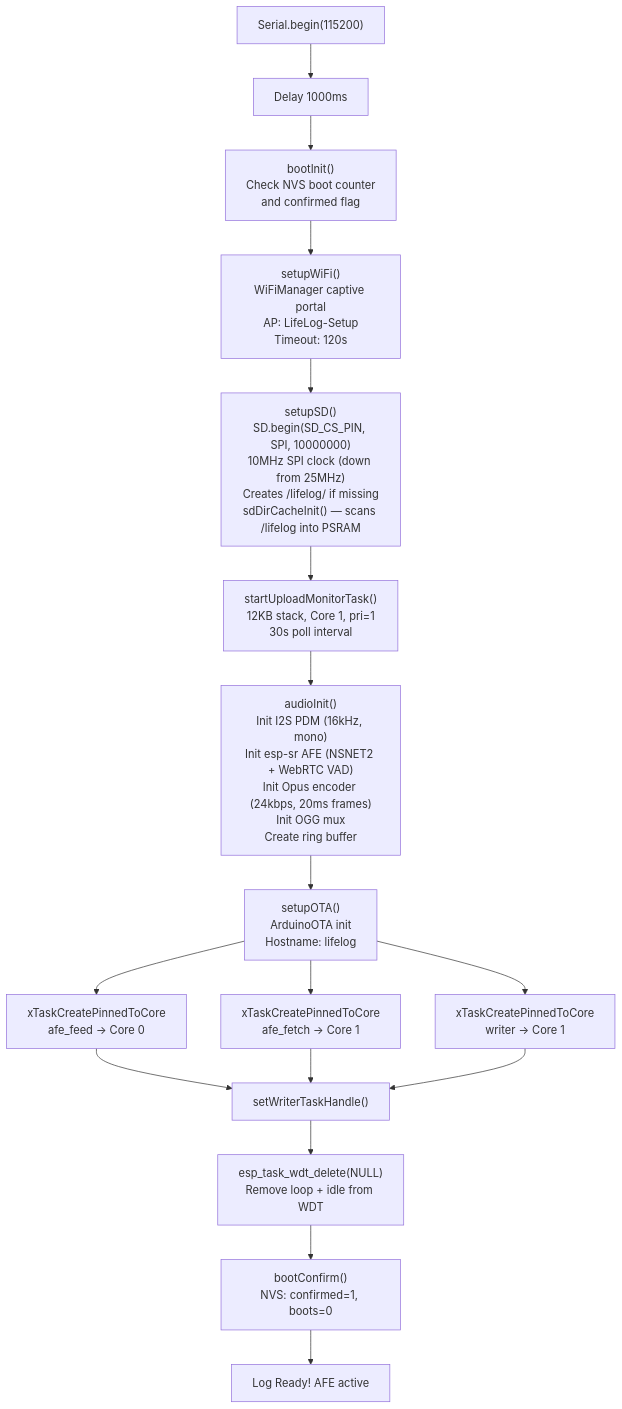
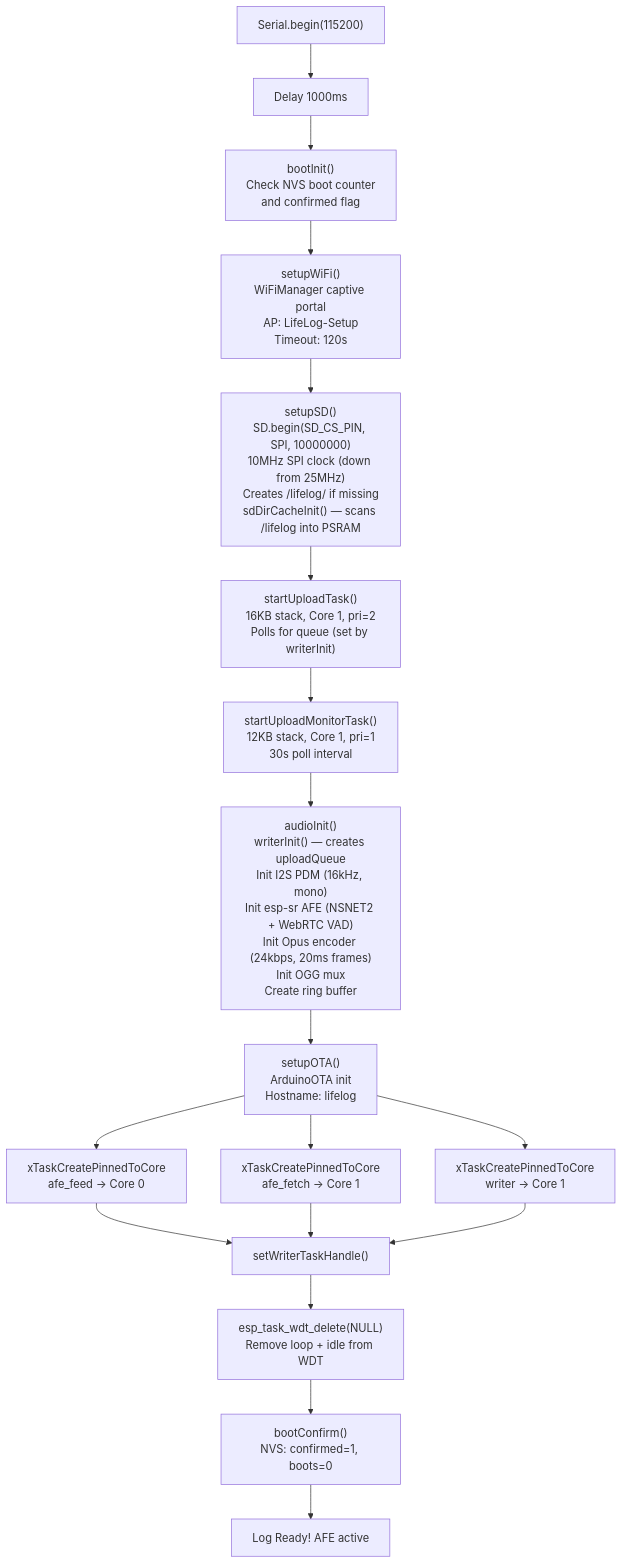
One commit to dlgreenwald/lifelog changed the fifth of 6 diagrams in firmware-ota/ARCHITECTURE.md. Above: the diagram before and after it, drawn with Mermaid. The commit also changed other lines of this file, not shown here.

Commit message:
docs: update ARCHITECTURE.md — async upload task, new AGC settings, SD flush threshold

````diff
--- a/firmware-ota/ARCHITECTURE.md
+++ b/firmware-ota/ARCHITECTURE.md
@@ -260,19 +263,20 @@
 ```mermaid
 flowchart TB
     A["Serial.begin(115200)"] --> B["Delay 1000ms"]
     B --> C["bootInit()<br/>Check NVS boot counter<br/>and confirmed flag"]
     C --> D["setupWiFi()<br/>WiFiManager captive portal<br/>AP: LifeLog-Setup<br/>Timeout: 120s"]
     D --> E["setupSD()<br/>SD.begin(SD_CS_PIN, SPI, 10000000)<br/>10MHz SPI clock (down from 25MHz)<br/>Creates /lifelog/ if missing<br/>sdDirCacheInit() — scans /lifelog into PSRAM"]
-    E --> EA["startUploadMonitorTask()<br/>12KB stack, Core 1, pri=1<br/>30s poll interval"]
-    EA --> F["audioInit()<br/>Init I2S PDM (16kHz, mono)<br/>Init esp-sr AFE (NSNET2 + WebRTC VAD)<br/>Init Opus encoder (24kbps, 20ms frames)<br/>Init OGG mux<br/>Create ring buffer"]
+    E --> EA["startUploadTask()<br/>16KB stack, Core 1, pri=2<br/>Polls for queue (set by writerInit)"]
+    EA --> EB["startUploadMonitorTask()<br/>12KB stack, Core 1, pri=1<br/>30s poll interval"]
+    EB --> F["audioInit()<br/>writerInit() — creates uploadQueue<br/>Init I2S PDM (16kHz, mono)<br/>Init esp-sr AFE (NSNET2 + WebRTC VAD)<br/>Init Opus encoder (24kbps, 20ms frames)<br/>Init OGG mux<br/>Create ring buffer"]
     F --> G["setupOTA()<br/>ArduinoOTA init<br/>Hostname: lifelog"]
     G --> H["xTaskCreatePinnedToCore<br/>afe_feed → Core 0"]
     G --> I["xTaskCreatePinnedToCore<br/>afe_fetch → Core 1"]
     G --> J["xTaskCreatePinnedToCore<br/>writer → Core 1"]
     H --> K["setWriterTaskHandle()"]
     I --> K
     J --> K
     K --> L["esp_task_wdt_delete(NULL)<br/>Remove loop + idle from WDT"]
     L --> M["bootConfirm()<br/>NVS: confirmed=1, boots=0"]
     M --> N["Log Ready! AFE active"]
 ```
````
